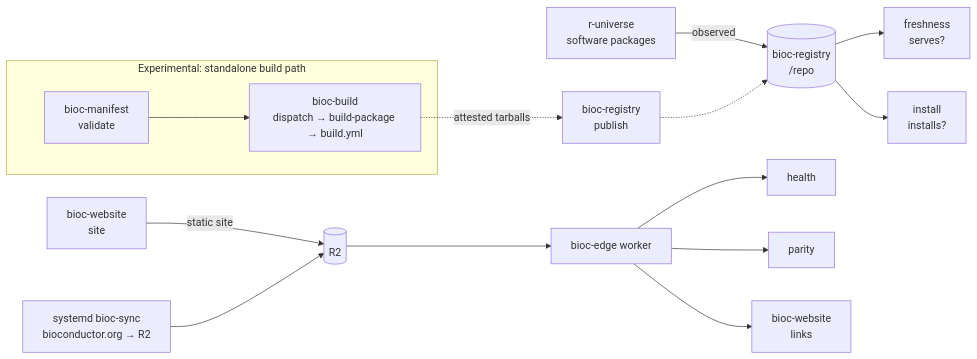
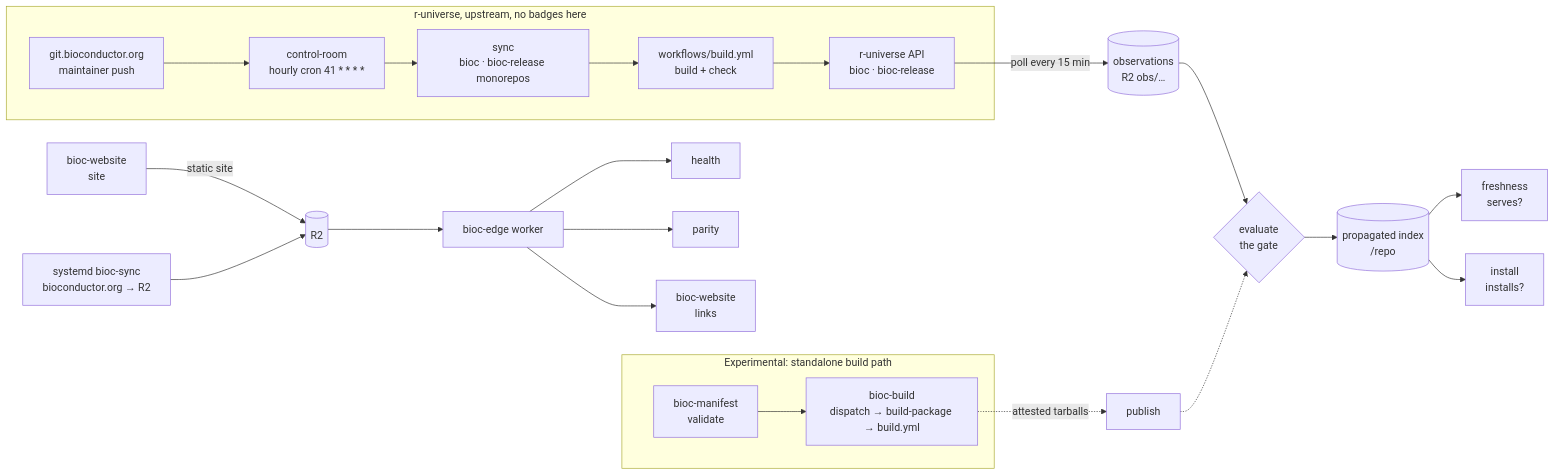
The diagram in ci.qmd (seandavi/bioc-infrastructure), drawn with Mermaid before and after one commit. The commit also changed other lines of this file, not shown here.

Commit message:
CI page: show the r-universe build chain in the figure
git.bioconductor.org → control-room hourly cron → per-universe sync →
workflows/build.yml → API → registry poll → observation → gate → /repo.

````diff
--- a/ci.qmd
+++ b/ci.qmd
@@ -16,14 +16,22 @@
 ```{mermaid}
 flowchart LR
-  U[r-universe<br/>software packages] -- observed --> R[(bioc-registry<br/>/repo)]
+  subgraph RU[r-universe, upstream, no badges here]
+    G[git.bioconductor.org<br/>maintainer push] --> CR[control-room<br/>hourly cron 41 * * * *]
+    CR --> SY[sync<br/>bioc · bioc-release monorepos]
+    SY --> BU[workflows/build.yml<br/>build + check]
+    BU --> API[r-universe API<br/>bioc · bioc-release]
+  end
+  API -- poll every 15 min --> OB[(observations<br/>R2 obs/…)]
+  OB --> GT{evaluate<br/>the gate}
+  GT --> R[(propagated index<br/>/repo)]
   R --> F[freshness<br/>serves?]
   R --> I[install<br/>installs?]
+  subgraph X[Experimental: standalone build path]
+    M[bioc-manifest<br/>validate] --> D[bioc-build<br/>dispatch → build-package → build.yml]
+  end
+  D -. attested tarballs .-> P[publish] -.-> GT
   W[bioc-website<br/>site] -- static site --> R2[(R2)]
   S[systemd bioc-sync<br/>bioconductor.org → R2] --> R2
   R2 --> E[bioc-edge worker]
   E --> H[health] & PA[parity] & L[bioc-website<br/>links]
-  subgraph X[Experimental: standalone build path]
-    M[bioc-manifest<br/>validate] --> D[bioc-build<br/>dispatch → build-package → build.yml]
-  end
-  D -. attested tarballs .-> P[bioc-registry<br/>publish] -.-> R
 ```
````
